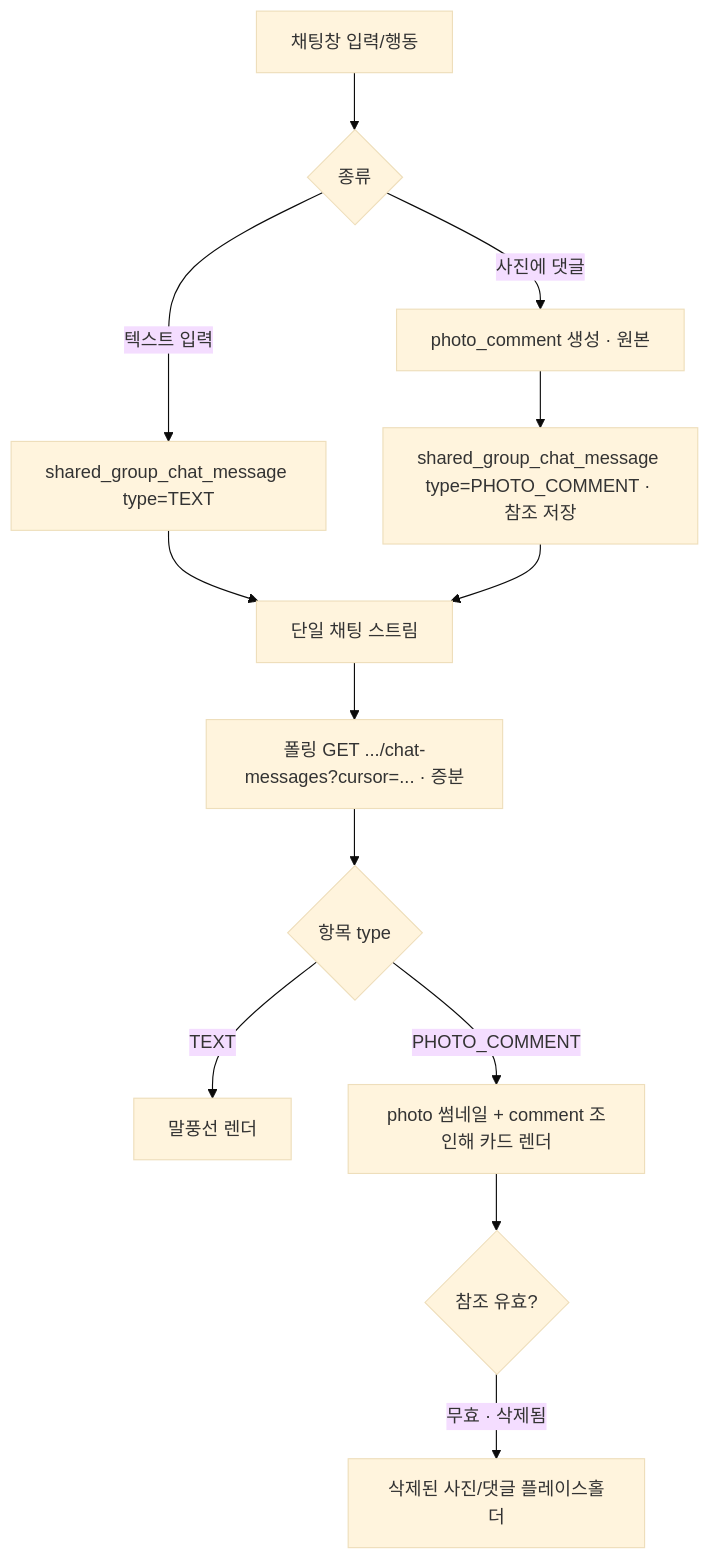
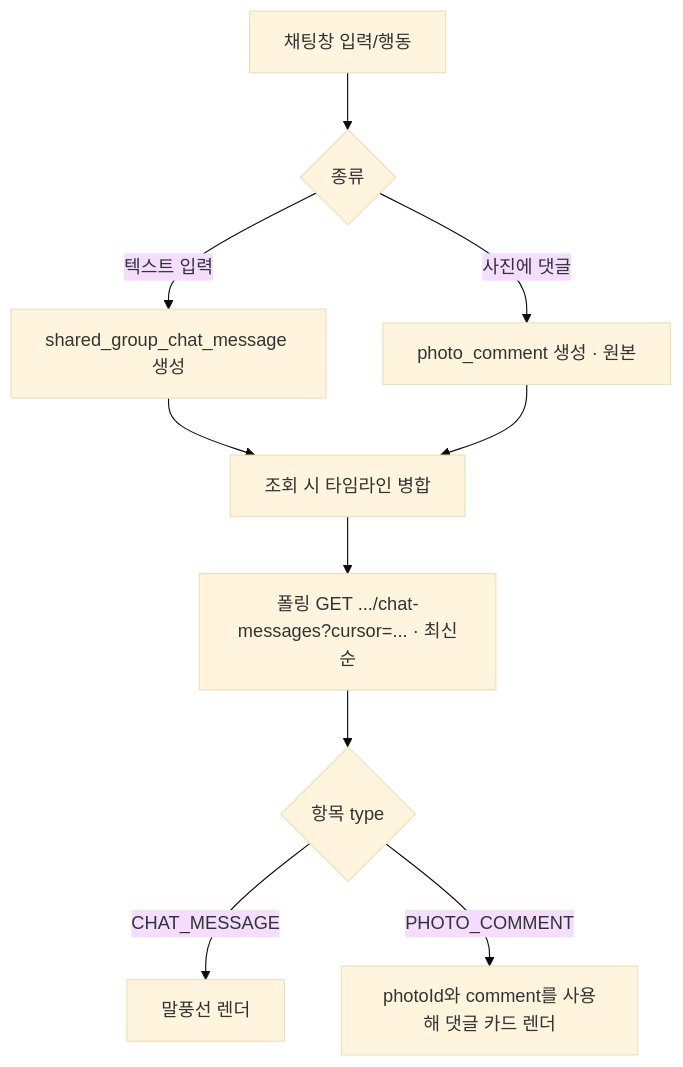
Before and after one commit to zipzip-team/zipzip-server: the sixth of 9 diagrams in docs/architecture/backend-architecture.md, drawn with Mermaid (base theme). The commit also changed other lines of this file and 24 other files, not shown here.

````diff
--- a/docs/architecture/backend-architecture.md
+++ b/docs/architecture/backend-architecture.md
@@ -295,15 +290,12 @@
 ```mermaid
 flowchart TD
     A[채팅창 입력/행동] --> B{종류}
-    B -->|텍스트 입력| C[shared_group_chat_message type=TEXT]
+    B -->|텍스트 입력| C[shared_group_chat_message 생성]
     B -->|사진에 댓글| D[photo_comment 생성 · 원본]
-    D --> E[shared_group_chat_message type=PHOTO_COMMENT · 참조 저장]
-    C --> S[단일 채팅 스트림]
-    E --> S
-    S --> P["폴링 GET .../chat-messages?cursor=... · 증분"]
+    C --> S[조회 시 타임라인 병합]
+    D --> S
+    S --> P["폴링 GET .../chat-messages?cursor=... · 최신순"]
     P --> R{항목 type}
-    R -->|TEXT| T[말풍선 렌더]
-    R -->|PHOTO_COMMENT| U[photo 썸네일 + comment 조인해 카드 렌더]
-    U --> V{참조 유효?}
-    V -->|무효 · 삭제됨| W[삭제된 사진/댓글 플레이스홀더]
+    R -->|CHAT_MESSAGE| T[말풍선 렌더]
+    R -->|PHOTO_COMMENT| U[photoId와 comment를 사용해 댓글 카드 렌더]
 ```
````
